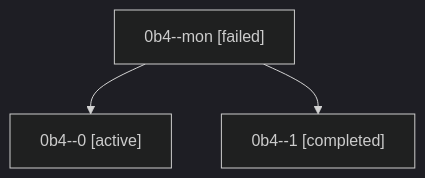
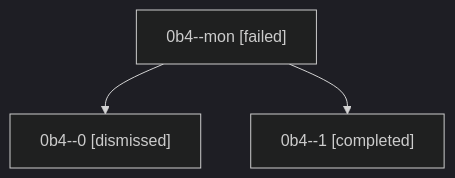
Before and after one commit to sase-org/sase--agents: the diagram in sessions/bbugyi200.athena.0b4.md, drawn with Mermaid (dark theme). The commit also changed other lines of this file and 29 other files, not shown here.

````diff
--- a/sessions/bbugyi200.athena.0b4.md
+++ b/sessions/bbugyi200.athena.0b4.md
@@ -9,8 +9,8 @@
 ```mermaid
 flowchart TD
   n0["0b4--mon [failed]"]
-  n1["0b4--0 [active]"]
+  n1["0b4--0 [dismissed]"]
   n0 --> n1
   n2["0b4--1 [completed]"]
   n0 --> n2
 ```
````
